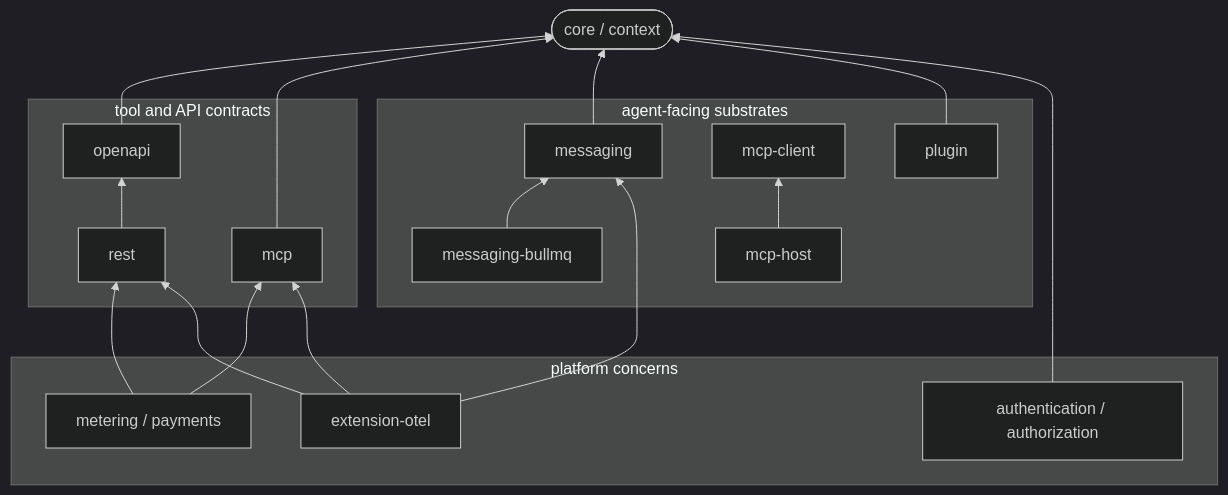
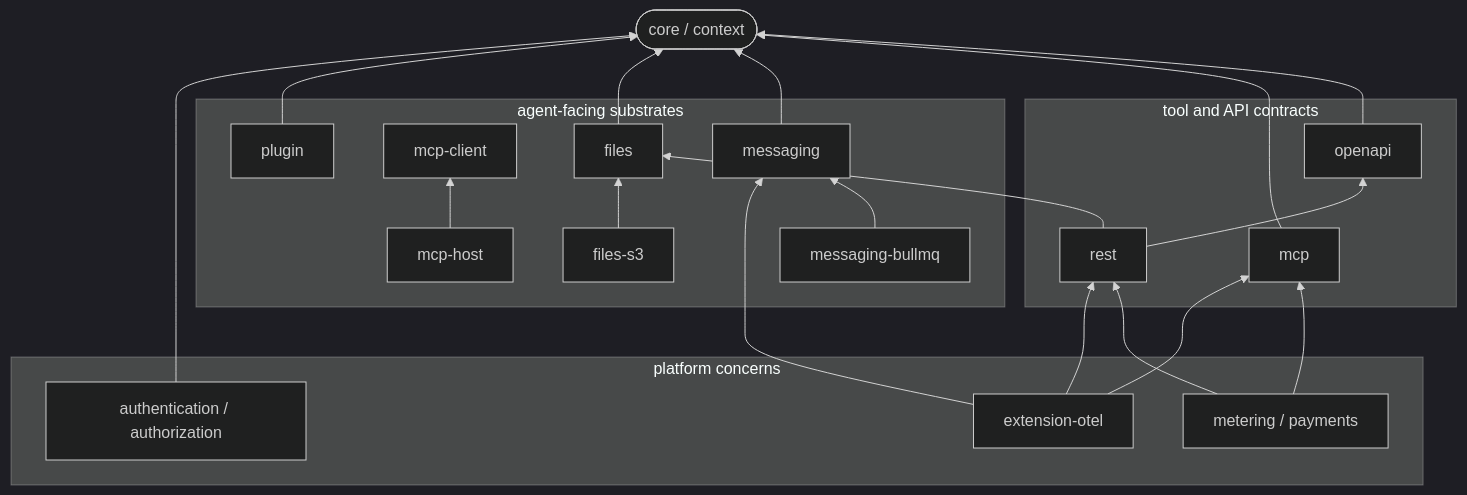
One commit to ninemindai/agentback changed the fifth of 5 diagrams in docs/architecture/overview.md. Above: the diagram before and after it, drawn with Mermaid (dark theme). The commit also changed 2 other files, not shown here.

Commit message:
docs: surface file support across the package list, skill, and layering diagram
- README: add @agentback/files + @agentback/files-s3 to the platform table
- skill (rest-and-openapi): note fileField/fileResponse for uploads/downloads
- architecture overview: add files/files-s3 nodes + edges to the package
  layering diagram (rest → files; files-s3 → files)

(CLAUDE.md, root README "not yet implemented" note, files/files-s3 READMEs,
and composition-and-operations were already updated when the feature landed.
docs/README examples table is a curated guide-subset, left as-is.)

````diff
--- a/docs/architecture/overview.md
+++ b/docs/architecture/overview.md
@@ -221,30 +221,34 @@
 ```mermaid
 graph BT
   subgraph contracts["tool and API contracts"]
     openapi["openapi"]; mcp["mcp"]; rest["rest"]
   end
   subgraph runtime["agent-facing substrates"]
     messaging["messaging"]; bullmq["messaging-bullmq"]
     mcphost["mcp-host"]; mcpclient["mcp-client"]; plugin["plugin"]
+    files["files"]; filess3["files-s3"]
   end
   subgraph platform["platform concerns"]
     auth["authentication / authorization"]
     metering["metering / payments"]
     otel["extension-otel"]
   end
   core(["core / context"])
 
   openapi --> core
   rest --> openapi
   mcp --> core
   messaging --> core
   bullmq --> messaging
+  files --> core
+  filess3 --> files
+  rest --> files
   mcphost --> mcpclient
   plugin --> core
   auth --> core
   metering --> rest
   metering --> mcp
   otel --> rest
   otel --> mcp
   otel --> messaging
 ```
````
